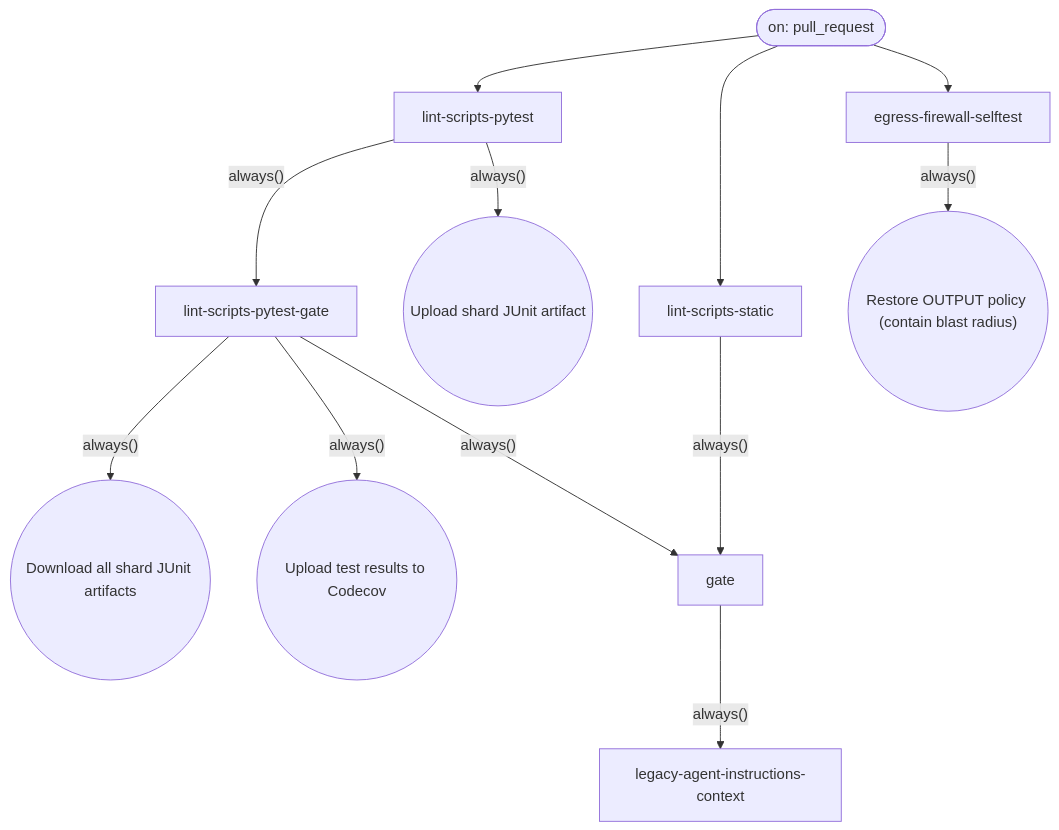
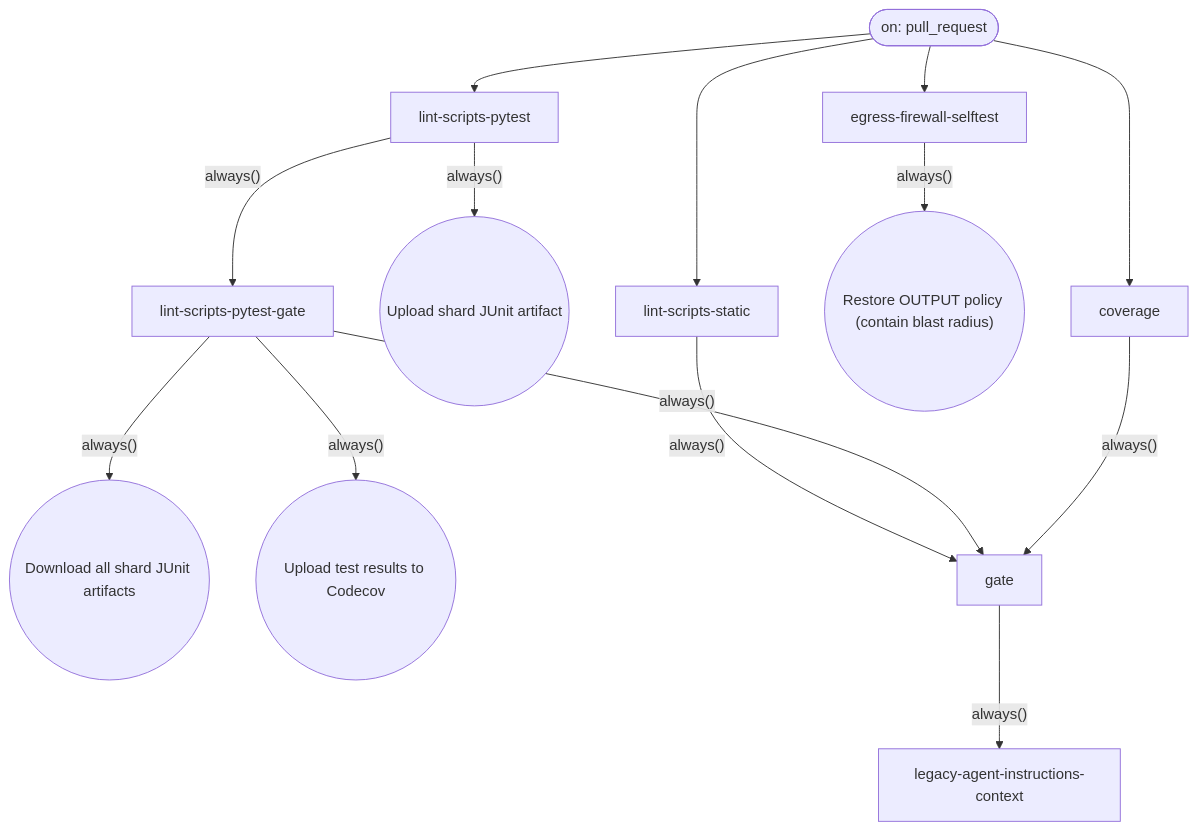
The diagram in docs/generated/workflows/verify-agents-if-branches.md (tvna/claude-md), drawn with Mermaid before and after one commit. The commit also changed 1 other file, not shown here.

Commit message:
docs(generated): regenerate decision tree and workflow diagrams
Refs #960

````diff
--- a/docs/generated/workflows/verify-agents-if-branches.md
+++ b/docs/generated/workflows/verify-agents-if-branches.md
@@ -5,28 +5,31 @@
 ```mermaid
 flowchart TD
 
     T_pull_request(["on: pull_request"])
 
     J_lint_scripts_static["lint-scripts-static"]
     J_lint_scripts_pytest["lint-scripts-pytest"]
     S_J_lint_scripts_pytest_0(("Upload shard JUnit artifact"))
     J_lint_scripts_pytest_gate["lint-scripts-pytest-gate"]
     S_J_lint_scripts_pytest_gate_0(("Download all shard JUnit artifacts"))
     S_J_lint_scripts_pytest_gate_1(("Upload test results to Codecov"))
     J_egress_firewall_selftest["egress-firewall-selftest"]
     S_J_egress_firewall_selftest_0(("Restore OUTPUT policy (contain blast radius)"))
+    J_coverage["coverage"]
     J_gate["gate"]
     J_legacy_agent_instructions_context["legacy-agent-instructions-context"]
 
     T_pull_request --> J_lint_scripts_static
     T_pull_request --> J_lint_scripts_pytest
     J_lint_scripts_pytest -->|"always()"| S_J_lint_scripts_pytest_0
     J_lint_scripts_pytest -->|"always()"| J_lint_scripts_pytest_gate
     J_lint_scripts_pytest_gate -->|"always()"| S_J_lint_scripts_pytest_gate_0
     J_lint_scripts_pytest_gate -->|"always()"| S_J_lint_scripts_pytest_gate_1
     T_pull_request --> J_egress_firewall_selftest
     J_egress_firewall_selftest -->|"always()"| S_J_egress_firewall_selftest_0
+    T_pull_request --> J_coverage
     J_lint_scripts_static -->|"always()"| J_gate
     J_lint_scripts_pytest_gate -->|"always()"| J_gate
+    J_coverage -->|"always()"| J_gate
     J_gate -->|"always()"| J_legacy_agent_instructions_context
 ```
````
